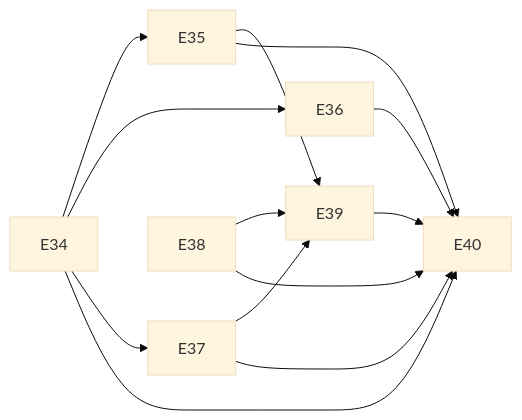
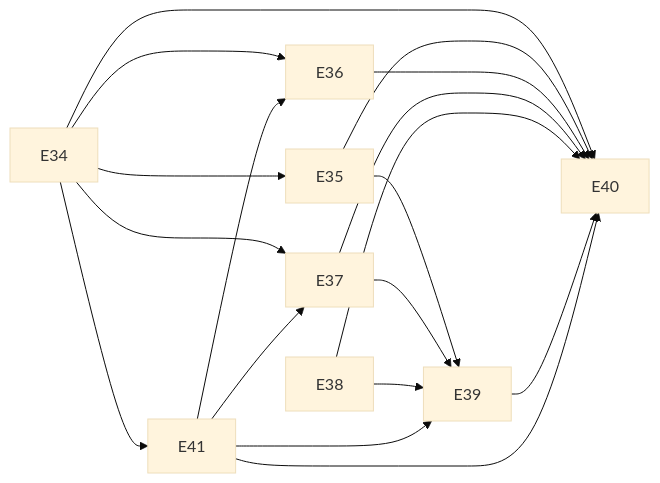
The diagram in docs/plans/roadmap-pos-2-3-0/critical-path.md (odeciojunior/claude-play), drawn with Mermaid (base theme) before and after one commit. The commit also changed other lines of this file and 7 other files, not shown here.

First line of the commit message:
docs(roadmap): estratégia v1.1 com E41 (saída de script sem recópia)

````diff
--- a/docs/plans/roadmap-pos-2-3-0/critical-path.md
+++ b/docs/plans/roadmap-pos-2-3-0/critical-path.md
@@ -3,22 +3,28 @@
 ```mermaid
 graph LR
   E34
   E35
   E36
   E37
   E38
   E39
   E40
+  E41
   E34 --> E35
   E34 --> E36
   E34 --> E37
   E34 --> E40
   E35 --> E39
   E35 --> E40
   E36 --> E40
   E37 --> E39
   E37 --> E40
   E38 --> E39
   E38 --> E40
   E39 --> E40
+  E34 --> E41
+  E41 --> E36
+  E41 --> E37
+  E41 --> E39
+  E41 --> E40
 ```
````
